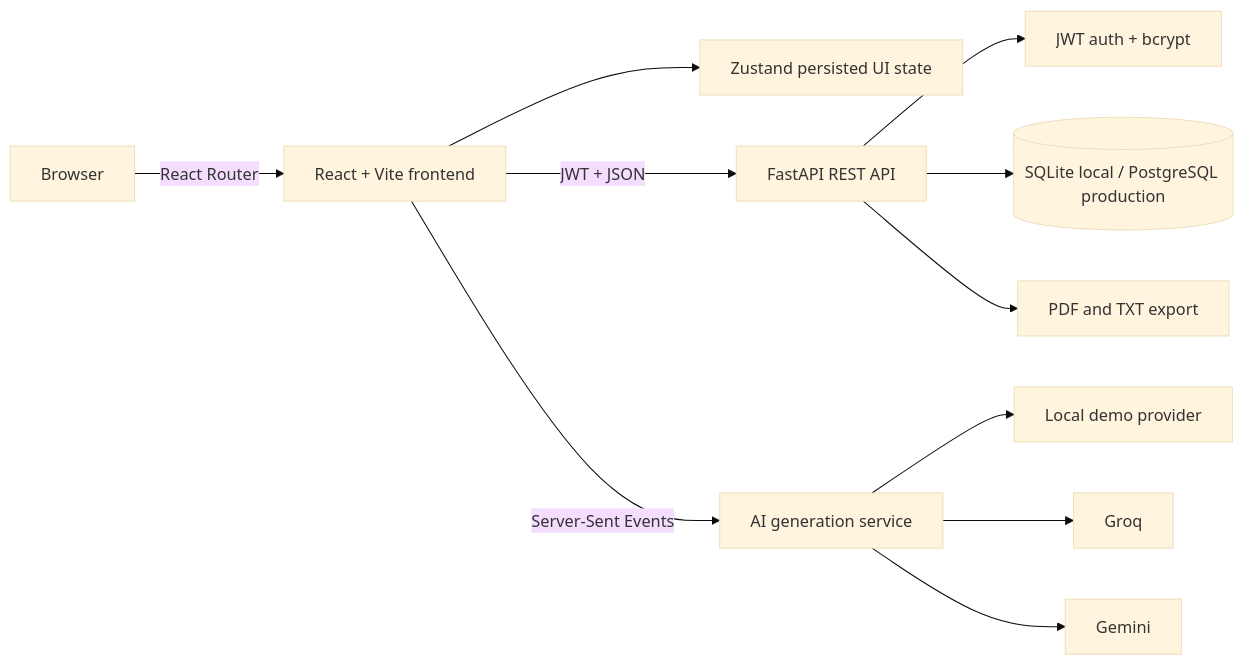
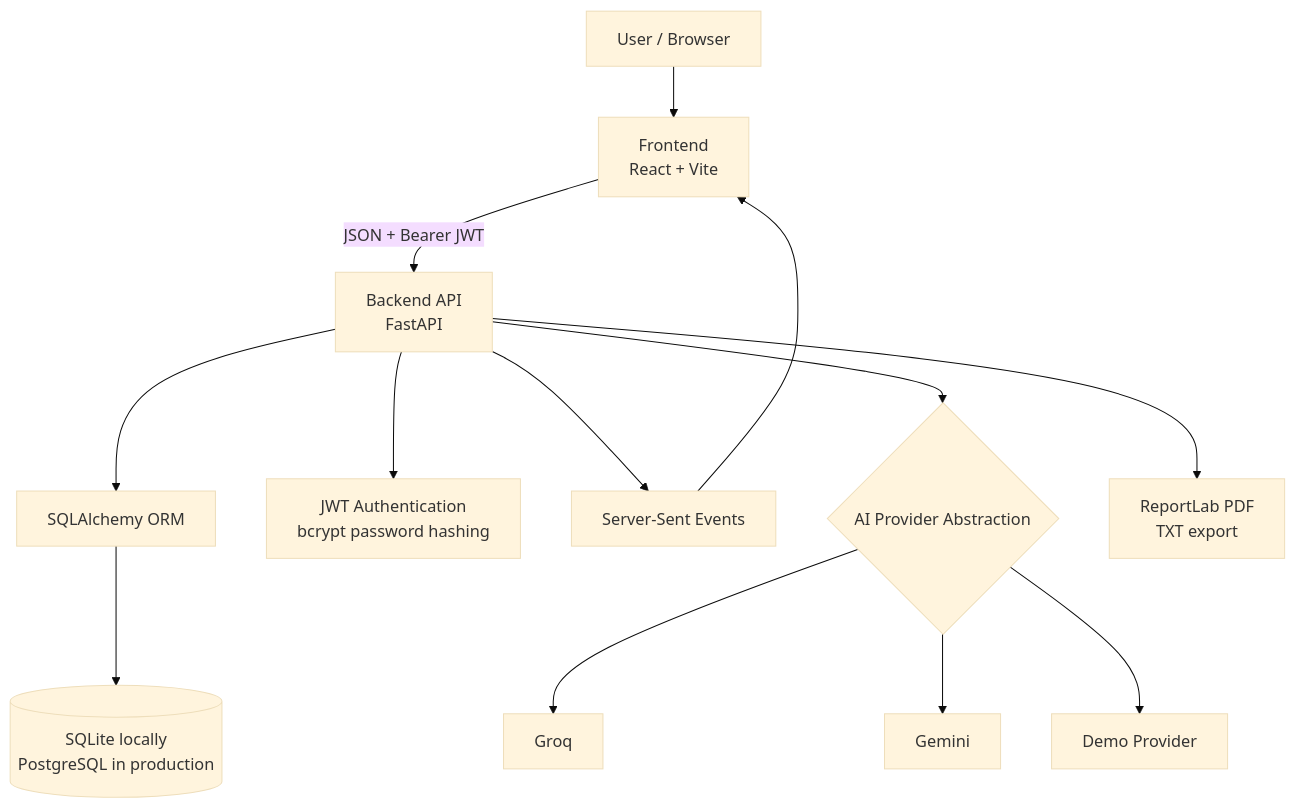
Before and after one commit to aishwaryagangaraj-web/AI-Powered-Content-Manager: the first of 2 diagrams in README.md, drawn with Mermaid (base theme). The commit also changed other lines of this file, not shown here.

````diff
--- a/README.md
+++ b/README.md
@@ -35,13 +90,28 @@
 ```mermaid
-flowchart LR
-    U[Browser] -->|React Router| FE[React + Vite frontend]
-    FE --> Z[Zustand persisted UI state]
-    FE -->|JWT + JSON| API[FastAPI REST API]
-    FE -->|Server-Sent Events| AI[AI generation service]
-    API --> AUTH[JWT auth + bcrypt]
-    API --> DB[(SQLite local / PostgreSQL production)]
-    API --> EXP[PDF and TXT export]
-    AI --> DEMO[Local demo provider]
-    AI --> GROQ[Groq]
-    AI --> GEMINI[Gemini]
+flowchart TB
+    U[User / Browser]
+    FE[Frontend<br/>React + Vite]
+    API[Backend API<br/>FastAPI]
+    ORM[SQLAlchemy ORM]
+    DB[(SQLite locally<br/>PostgreSQL in production)]
+    AUTH[JWT Authentication<br/>bcrypt password hashing]
+    SSE[Server-Sent Events]
+    AI{AI Provider Abstraction}
+    GROQ[Groq]
+    GEMINI[Gemini]
+    DEMO[Demo Provider]
+    EXPORT[ReportLab PDF<br/>TXT export]
+
+    U --> FE
+    FE -->|JSON + Bearer JWT| API
+    API --> AUTH
+    API --> ORM
+    ORM --> DB
+    API --> SSE
+    SSE --> FE
+    API --> AI
+    AI --> GROQ
+    AI --> GEMINI
+    AI --> DEMO
+    API --> EXPORT
 ```
````
